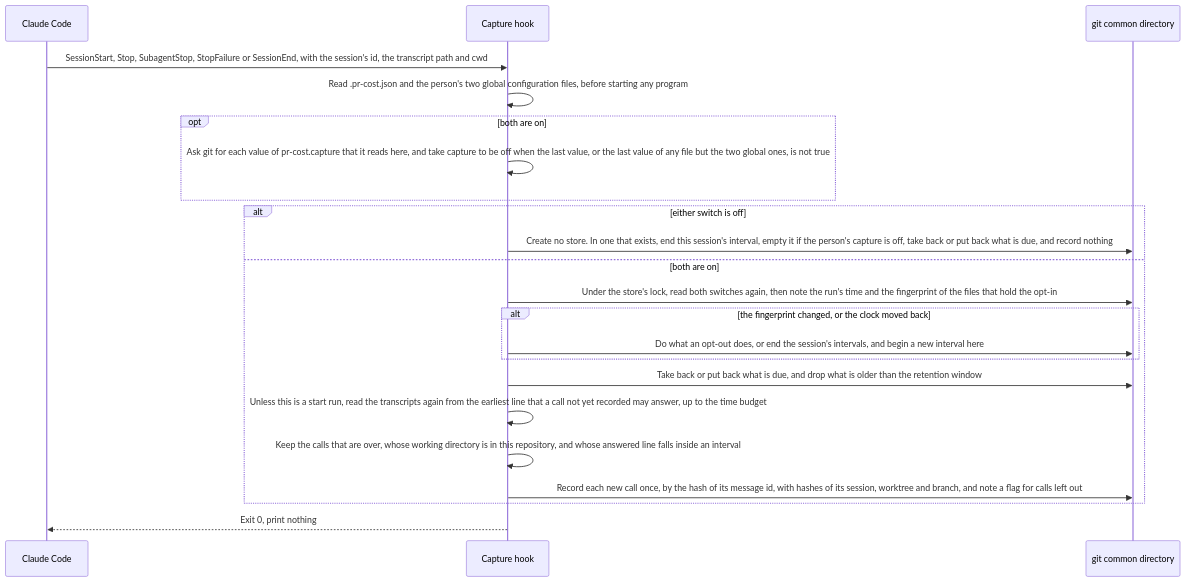
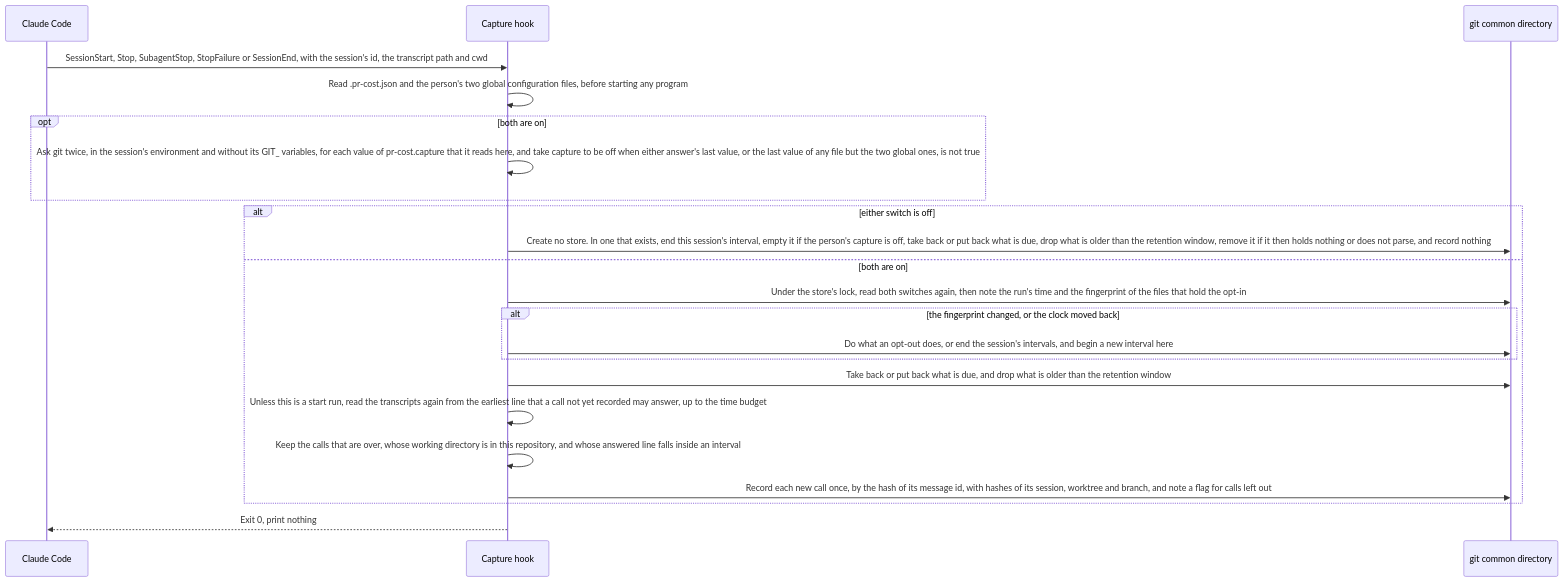
Before and after one commit to niko-kotiniemi-oss/agentic-pr-cost-calculator: the second of 7 diagrams in docs/how-it-works.md, drawn with Mermaid. The commit also changed other lines of this file and 11 other files, not shown here.

````diff
--- a/docs/how-it-works.md
+++ b/docs/how-it-works.md
@@ -92,24 +92,24 @@
 ```mermaid
 sequenceDiagram
   participant CC as Claude Code
   participant H as Capture hook
   participant G as git common directory
   CC->>H: SessionStart, Stop, SubagentStop, StopFailure or SessionEnd, with the session's id, the transcript path and cwd
   H->>H: Read .pr-cost.json and the person's two global configuration files, before starting any program
   opt both are on
-    H->>H: Ask git for each value of pr-cost.capture that it reads here, and take capture to be off when the last value, or the last value of any file but the two global ones, is not true
+    H->>H: Ask git twice, in the session's environment and without its GIT_ variables, for each value of pr-cost.capture that it reads here, and take capture to be off when either answer's last value, or the last value of any file but the two global ones, is not true
   end
   alt either switch is off
-    H->>G: Create no store. In one that exists, end this session's interval, empty it if the person's capture is off, take back or put back what is due, and record nothing
+    H->>G: Create no store. In one that exists, end this session's interval, empty it if the person's capture is off, take back or put back what is due, drop what is older than the retention window, remove it if it then holds nothing or does not parse, and record nothing
   else both are on
     H->>G: Under the store's lock, read both switches again, then note the run's time and the fingerprint of the files that hold the opt-in
     alt the fingerprint changed, or the clock moved back
       H->>G: Do what an opt-out does, or end the session's intervals, and begin a new interval here
     end
     H->>G: Take back or put back what is due, and drop what is older than the retention window
     H->>H: Unless this is a start run, read the transcripts again from the earliest line that a call not yet recorded may answer, up to the time budget
     H->>H: Keep the calls that are over, whose working directory is in this repository, and whose answered line falls inside an interval
     H->>G: Record each new call once, by the hash of its message id, with hashes of its session, worktree and branch, and note a flag for calls left out
   end
   H-->>CC: Exit 0, print nothing
 ```
````
